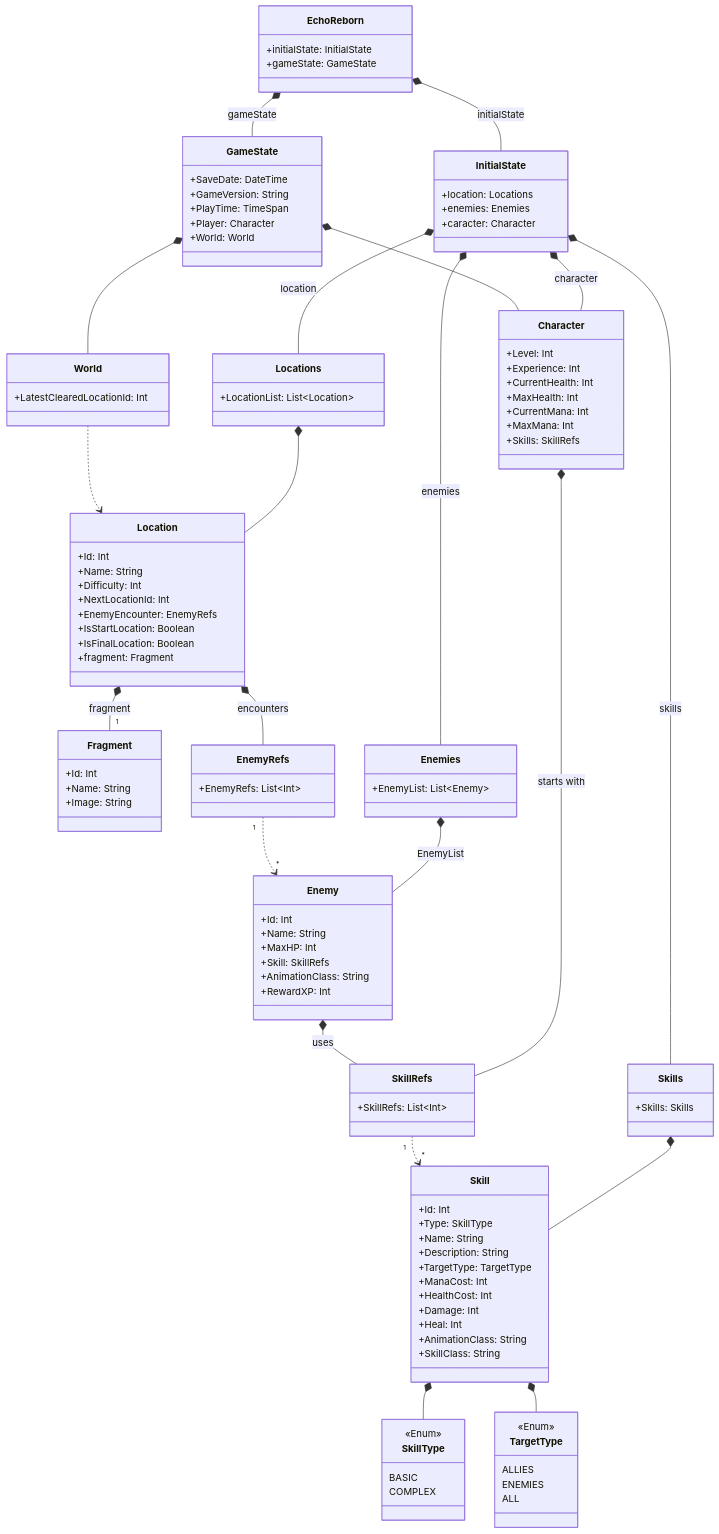
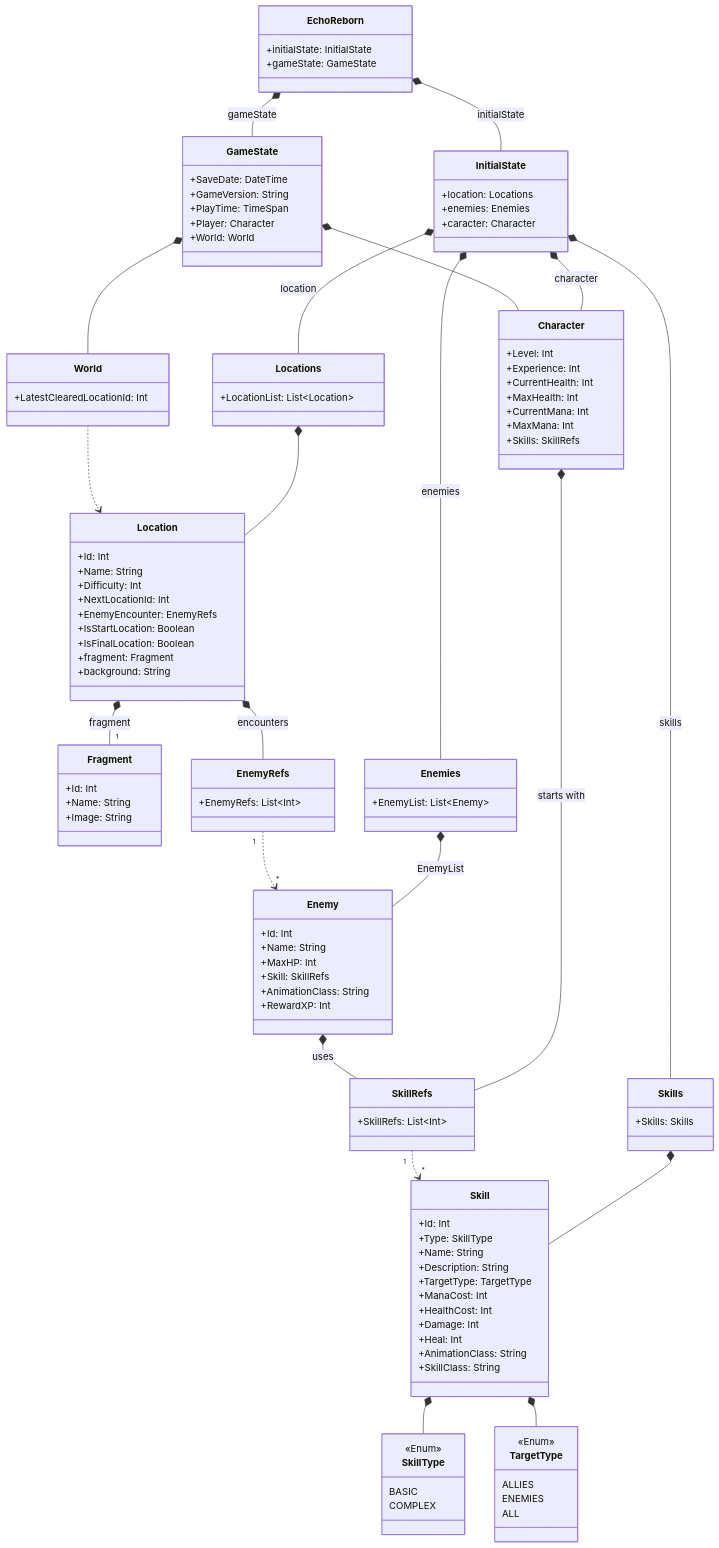
The diagram in docs/XML structures.md (d0rich/EchoReborn), drawn with Mermaid before and after one commit. The commit also changed 114 other files, not shown here.

```diff
--- a/docs/XML structures.md
+++ b/docs/XML structures.md
@@ -67,6 +67,7 @@
         +IsStartLocation: Boolean
         +IsFinalLocation: Boolean
         +fragment: Fragment
+        +background: String
     }
     class Fragment {
         +Id: Int
```
